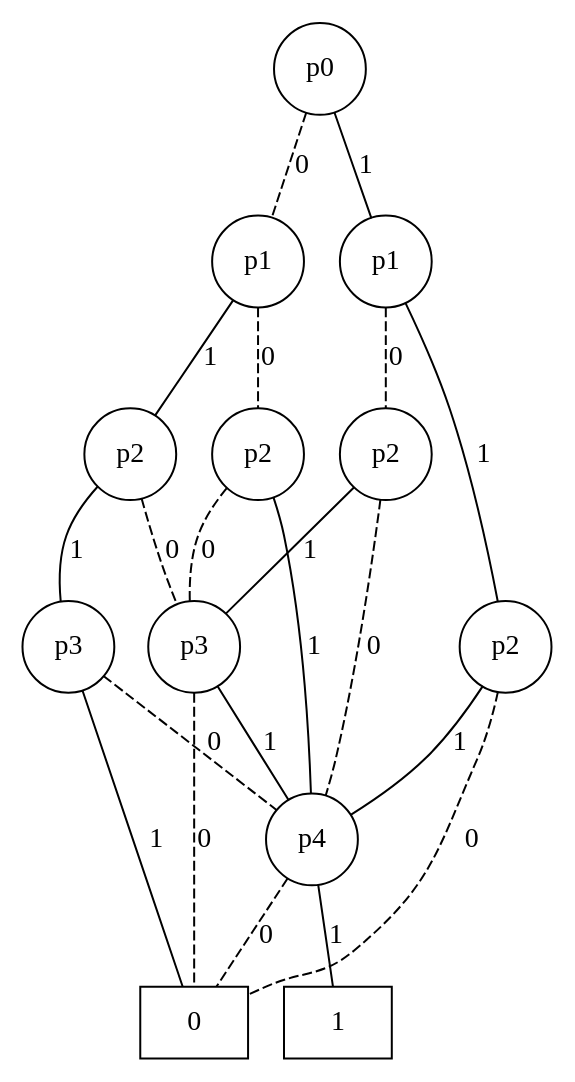
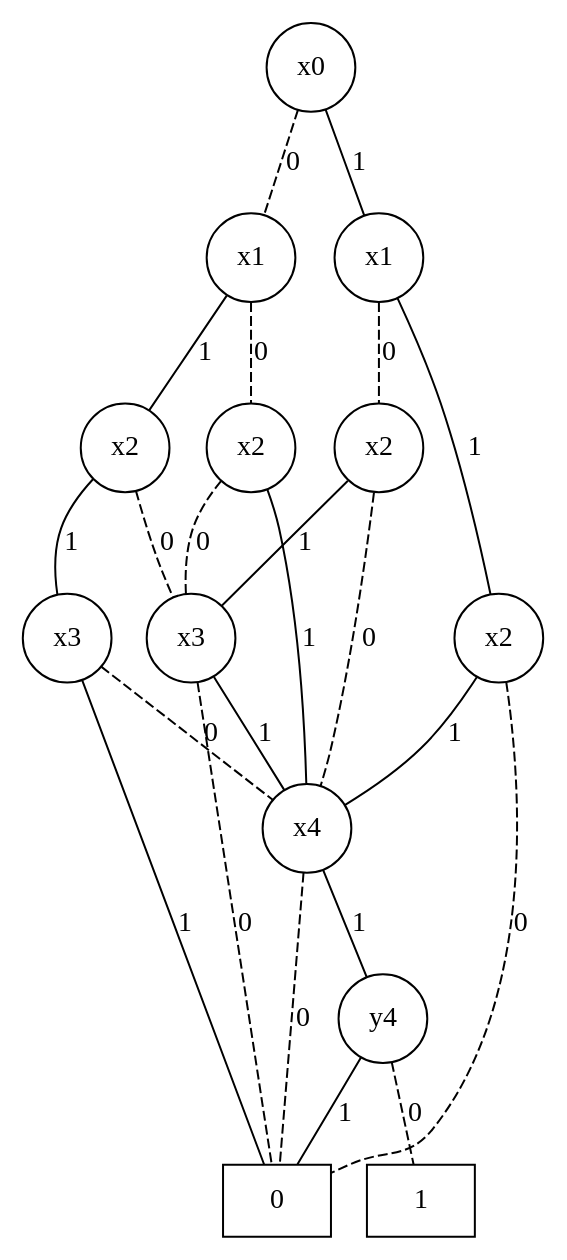
Before and after one commit to acestronautical/University-Coursework: the diagram in Python/cpts350/test.gv, drawn with Graphviz. The commit also changed 16 other files, not shown here.

```diff
--- a/Python/cpts350/test.gv
+++ b/Python/cpts350/test.gv
@@ -1,1 +1,1 @@
-graph BDD { n140283310250920 [label=0,shape=box]; n140283302403712 [label=1,shape=box]; n140283294841824 [label="p4",shape=circle]; n140283294841992 [label="p3",shape=circle]; n140283294842552 [label="p2",shape=circle]; n140283294842664 [label="p3",shape=circle]; n140283294839416 [label="p2",shape=circle]; n140283294842104 [label="p1",shape=circle]; n140283294840816 [label="p2",shape=circle]; n140283294842216 [label="p2",shape=circle]; n140283294841432 [label="p1",shape=circle]; n140283294841712 [label="p0",shape=circle]; n140283294841824 -- n140283310250920 [label=0,style=dashed]; n140283294841824 -- n140283302403712 [label=1]; n140283294841992 -- n140283310250920 [label=0,style=dashed]; n140283294841992 -- n140283294841824 [label=1]; n140283294842552 -- n140283294841992 [label=0,style=dashed]; n140283294842552 -- n140283294841824 [label=1]; n140283294842664 -- n140283294841824 [label=0,style=dashed]; n140283294842664 -- n140283310250920 [label=1]; n140283294839416 -- n140283294841992 [label=0,style=dashed]; n140283294839416 -- n140283294842664 [label=1]; n140283294842104 -- n140283294842552 [label=0,style=dashed]; n140283294842104 -- n140283294839416 [label=1]; n140283294840816 -- n140283294841824 [label=0,style=dashed]; n140283294840816 -- n140283294841992 [label=1]; n140283294842216 -- n140283310250920 [label=0,style=dashed]; n140283294842216 -- n140283294841824 [label=1]; n140283294841432 -- n140283294840816 [label=0,style=dashed]; n140283294841432 -- n140283294842216 [label=1]; n140283294841712 -- n140283294842104 [label=0,style=dashed]; n140283294841712 -- n140283294841432 [label=1]; }
+graph BDD { n140010008739456 [label=0,shape=box]; n140010000916888 [label=1,shape=box]; n140009992909040 [label="y4",shape=circle]; n140009993102616 [label="x4",shape=circle]; n140009993103288 [label="x3",shape=circle]; n140009993022768 [label="x2",shape=circle]; n140009993019632 [label="x3",shape=circle]; n140009993021648 [label="x2",shape=circle]; n140009993021424 [label="x1",shape=circle]; n140009993023328 [label="x2",shape=circle]; n140009993020584 [label="x2",shape=circle]; n140009993020528 [label="x1",shape=circle]; n140009993020080 [label="x0",shape=circle]; n140009992909040 -- n140010000916888 [label=0,style=dashed]; n140009992909040 -- n140010008739456 [label=1]; n140009993102616 -- n140010008739456 [label=0,style=dashed]; n140009993102616 -- n140009992909040 [label=1]; n140009993103288 -- n140010008739456 [label=0,style=dashed]; n140009993103288 -- n140009993102616 [label=1]; n140009993022768 -- n140009993103288 [label=0,style=dashed]; n140009993022768 -- n140009993102616 [label=1]; n140009993019632 -- n140009993102616 [label=0,style=dashed]; n140009993019632 -- n140010008739456 [label=1]; n140009993021648 -- n140009993103288 [label=0,style=dashed]; n140009993021648 -- n140009993019632 [label=1]; n140009993021424 -- n140009993022768 [label=0,style=dashed]; n140009993021424 -- n140009993021648 [label=1]; n140009993023328 -- n140009993102616 [label=0,style=dashed]; n140009993023328 -- n140009993103288 [label=1]; n140009993020584 -- n140010008739456 [label=0,style=dashed]; n140009993020584 -- n140009993102616 [label=1]; n140009993020528 -- n140009993023328 [label=0,style=dashed]; n140009993020528 -- n140009993020584 [label=1]; n140009993020080 -- n140009993021424 [label=0,style=dashed]; n140009993020080 -- n140009993020528 [label=1]; }
```
